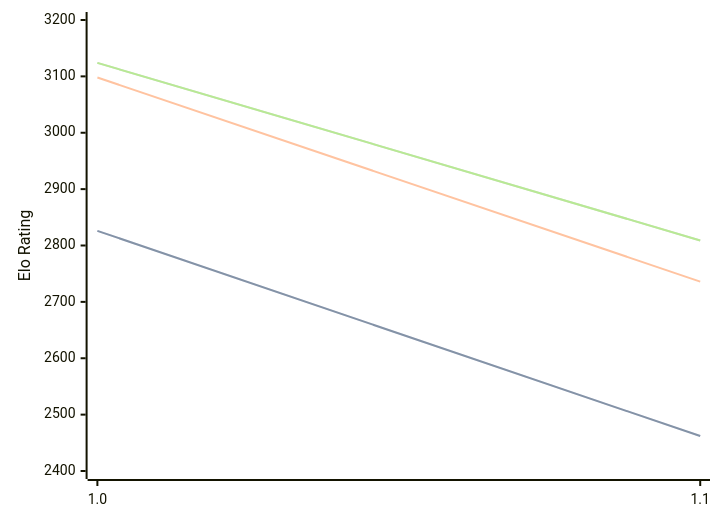
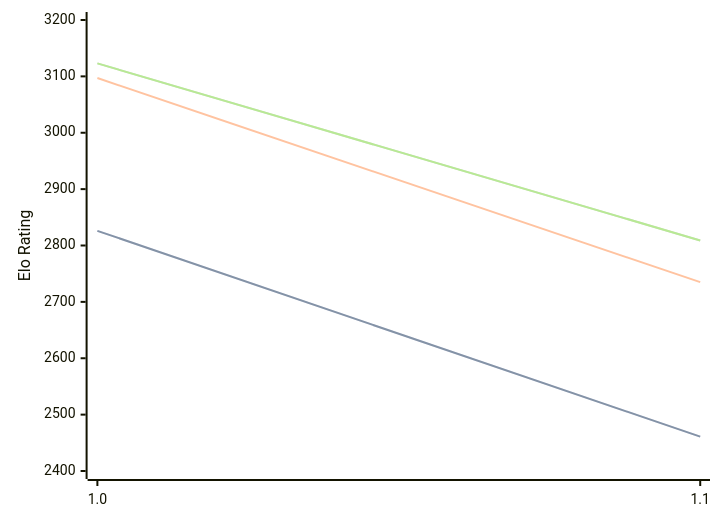
One commit to computer-chess-index/cci changed the diagram in engines/Publius.md. Above: the diagram before and after it, drawn with Mermaid. The commit also changed other lines of this file, not shown here.

Commit message:
Update CCI Ratings (ELO VLTC) - 2026-08-04

````diff
--- a/engines/Publius.md
+++ b/engines/Publius.md
@@ -32,11 +32,11 @@
 ```mermaid
 %%{init: {"theme":"base","themeVariables":{"seriesColors:['#a3a3a3','#222221','#faa371']}}}%%
 xychart-beta
   x-axis ["1.0", "1.1"]
   y-axis "Elo Rating" 2400 --> 3200
-  line "STC (8.0+0.08s)" [2826, 2462]
-  line "STC (8.0+0.08s)" [2826, 2462]
-  line "LTC (60.0+0.60s)" [3098, 2736]
-  line "VLTC (2m24s+1.12s)" [3124, 2809]
-  line "VLTC (2m24s+1.12s)" [3124, 2809]
+  line "STC (8.0+0.08s)" [2826, 2461]
+  line "STC (8.0+0.08s)" [2826, 2461]
+  line "LTC (60.0+0.60s)" [3097, 2735]
+  line "VLTC (2m24s+1.12s)" [3123, 2809]
+  line "VLTC (2m24s+1.12s)" [3123, 2809]
 ```
````
